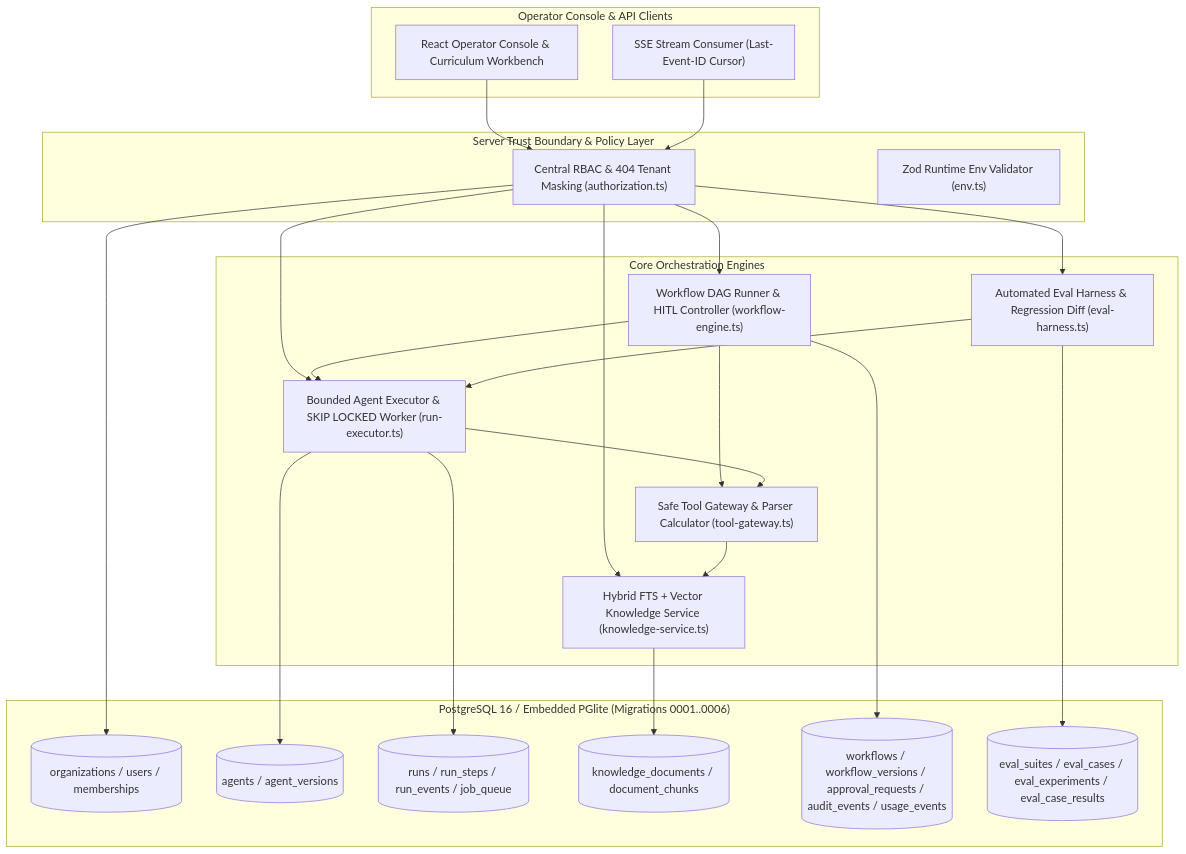
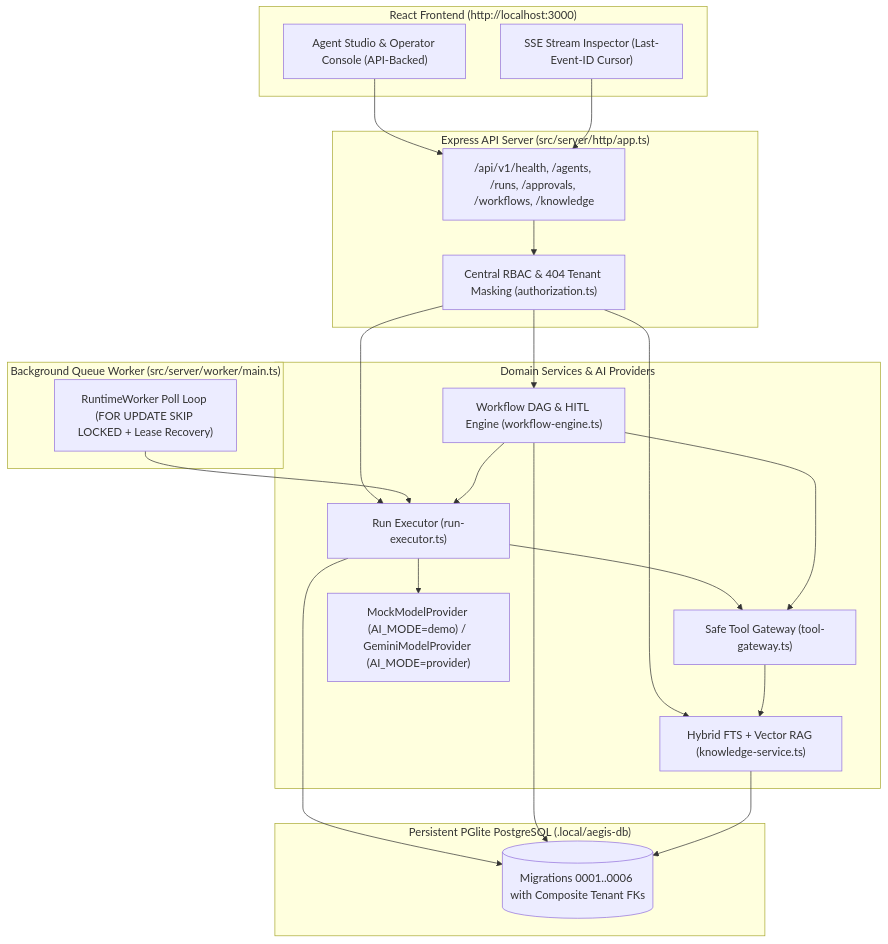
The diagram in README.md (KratX/multi-ai-agent-orchestration), drawn with Mermaid before and after one commit. The commit also changed other lines of this file and 22 other files, not shown here.

Commit message:
wire Express HTTP API, background worker, file-backed PGlite, and composite tenant FKs

````diff
--- a/README.md
+++ b/README.md
@@ -50,42 +51,38 @@
 ```mermaid
 flowchart TB
-  subgraph Client["Operator Console & API Clients"]
-    UI["React Operator Console & Curriculum Workbench"]
-    SSE["SSE Stream Consumer (Last-Event-ID Cursor)"]
+  subgraph Browser["React Frontend (http://localhost:3000)"]
+    STUDIO["Agent Studio & Operator Console (API-Backed)"]
+    SSE["SSE Stream Inspector (Last-Event-ID Cursor)"]
   end
 
-  subgraph Policy["Server Trust Boundary & Policy Layer"]
+  subgraph Server["Express API Server (src/server/http/app.ts)"]
+    ROUTES["/api/v1/health, /agents, /runs, /approvals, /workflows, /knowledge"]
     AUTHZ["Central RBAC & 404 Tenant Masking (authorization.ts)"]
-    ENV["Zod Runtime Env Validator (env.ts)"]
   end
 
-  subgraph Engines["Core Orchestration Engines"]
-    RUN["Bounded Agent Executor & SKIP LOCKED Worker (run-executor.ts)"]
-    WF["Workflow DAG Runner & HITL Controller (workflow-engine.ts)"]
-    EVAL["Automated Eval Harness & Regression Diff (eval-harness.ts)"]
-    TG["Safe Tool Gateway & Parser Calculator (tool-gateway.ts)"]
-    RAG["Hybrid FTS + Vector Knowledge Service (knowledge-service.ts)"]
+  subgraph Worker["Background Queue Worker (src/server/worker/main.ts)"]
+    LOOP["RuntimeWorker Poll Loop (FOR UPDATE SKIP LOCKED + Lease Recovery)"]
   end
 
-  subgraph Storage["PostgreSQL 16 / Embedded PGlite (Migrations 0001..0006)"]
-    DB_TENANT[("organizations / users / memberships")]
-    DB_AGENTS[("agents / agent_versions")]
-    DB_RUNS[("runs / run_steps / run_events / job_queue")]
-    DB_RAG[("knowledge_documents / document_chunks")]
-    DB_WF[("workflows / workflow_versions / approval_requests / audit_events / usage_events")]
-    DB_EVAL[("eval_suites / eval_cases / eval_experiments / eval_case_results")]
+  subgraph Engines["Domain Services & AI Providers"]
+    RUN["Run Executor (run-executor.ts)"]
+    WF["Workflow DAG & HITL Engine (workflow-engine.ts)"]
+    TG["Safe Tool Gateway (tool-gateway.ts)"]
+    RAG["Hybrid FTS + Vector RAG (knowledge-service.ts)"]
+    AI["MockModelProvider (AI_MODE=demo) / GeminiModelProvider (AI_MODE=provider)"]
   end
 
-  UI --> AUTHZ
-  SSE --> AUTHZ
-  AUTHZ --> RUN & WF & EVAL & RAG
-  WF --> RUN & TG
-  EVAL --> RUN
-  RUN --> TG
+  subgraph Storage["Persistent PGlite PostgreSQL (.local/aegis-db)"]
+    DB[("Migrations 0001..0006 with Composite Tenant FKs")]
+  end
+
+  STUDIO --> ROUTES
+  SSE --> ROUTES
+  ROUTES --> AUTHZ
+  AUTHZ --> RUN & WF & RAG
+  LOOP --> RUN
+  RUN --> TG & AI & DB
+  WF --> RUN & TG & DB
   TG --> RAG
-  RUN --> DB_RUNS & DB_AGENTS
-  RAG --> DB_RAG
-  WF --> DB_WF
-  EVAL --> DB_EVAL
-  AUTHZ --> DB_TENANT
+  RAG --> DB
 ```
````
